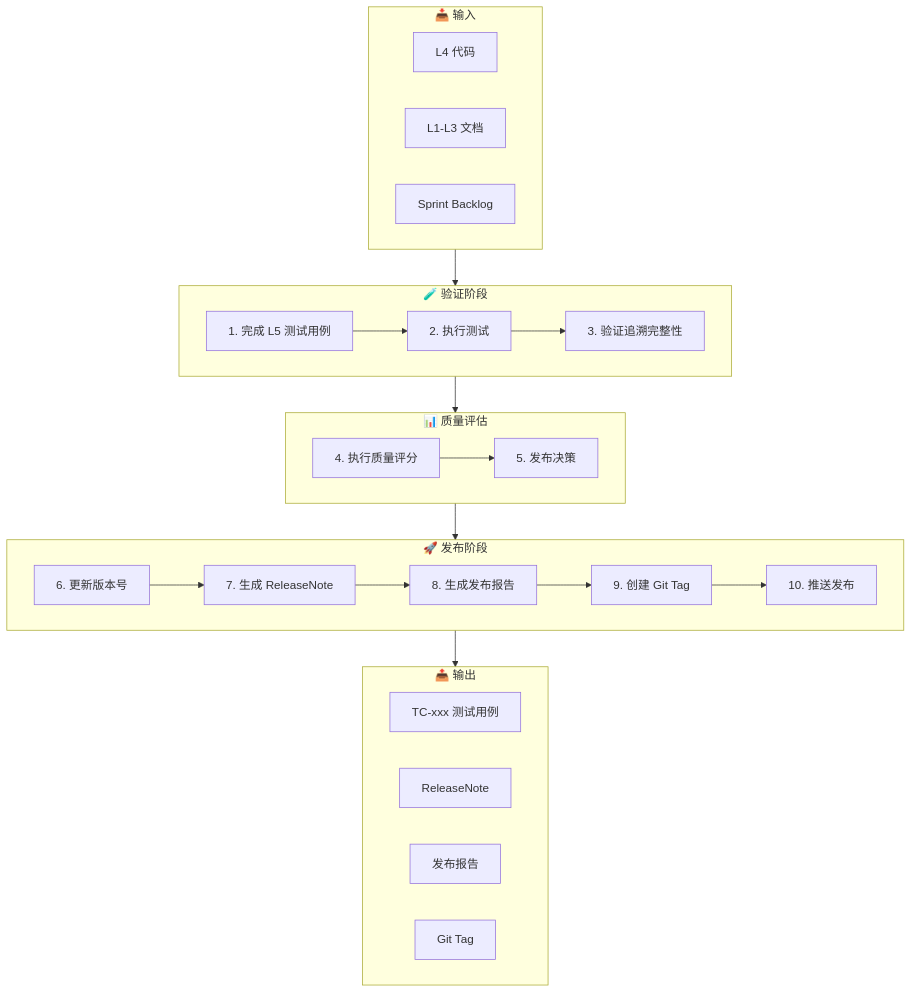
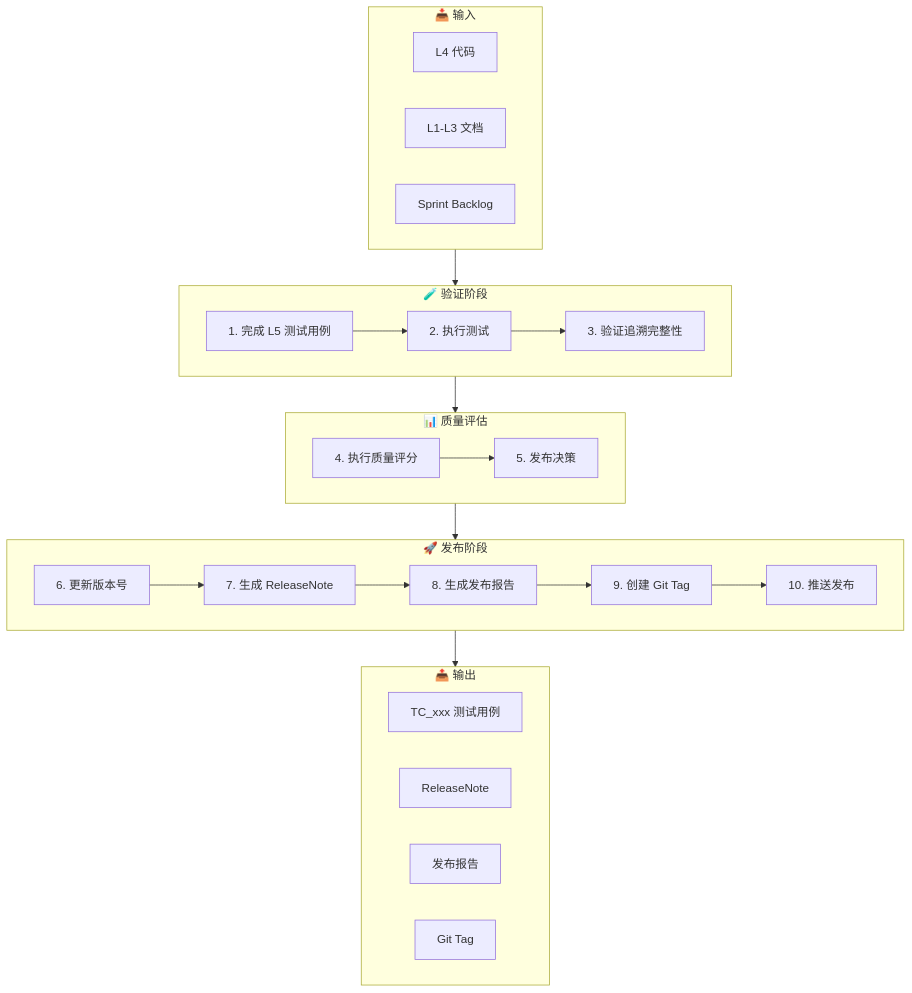
One commit to lukagithub/archpilot_core changed the diagram in Governance/workflow/flow_release.md. Above: the diagram before and after it, drawn with Mermaid. The commit also changed other lines of this file and 27 other files, not shown here.

````diff
--- a/Governance/workflow/flow_release.md
+++ b/Governance/workflow/flow_release.md
@@ -33,42 +33,42 @@
 ```mermaid
 flowchart TB
     subgraph Input["📥 输入"]
         I1["L4 代码"]
         I2["L1-L3 文档"]
         I3["Sprint Backlog"]
     end
 
     subgraph Verify["🧪 验证阶段"]
         V1["1. 完成 L5 测试用例"]
         V2["2. 执行测试"]
         V3["3. 验证追溯完整性"]
         V1 --> V2 --> V3
     end
 
     subgraph Quality["📊 质量评估"]
         Q1["4. 执行质量评分"]
         Q2["5. 发布决策"]
         Q1 --> Q2
     end
 
     subgraph Release["🚀 发布阶段"]
         R1["6. 更新版本号"]
         R2["7. 生成 ReleaseNote"]
         R3["8. 生成发布报告"]
         R4["9. 创建 Git Tag"]
         R5["10. 推送发布"]
         R1 --> R2 --> R3 --> R4 --> R5
     end
 
     subgraph Output["📤 输出"]
-        O1["TC-xxx 测试用例"]
+        O1["TC_xxx 测试用例"]
         O2["ReleaseNote"]
         O3["发布报告"]
         O4["Git Tag"]
     end
 
     Input --> Verify
     Verify --> Quality
     Quality --> Release
     Release --> Output
 ```
````
